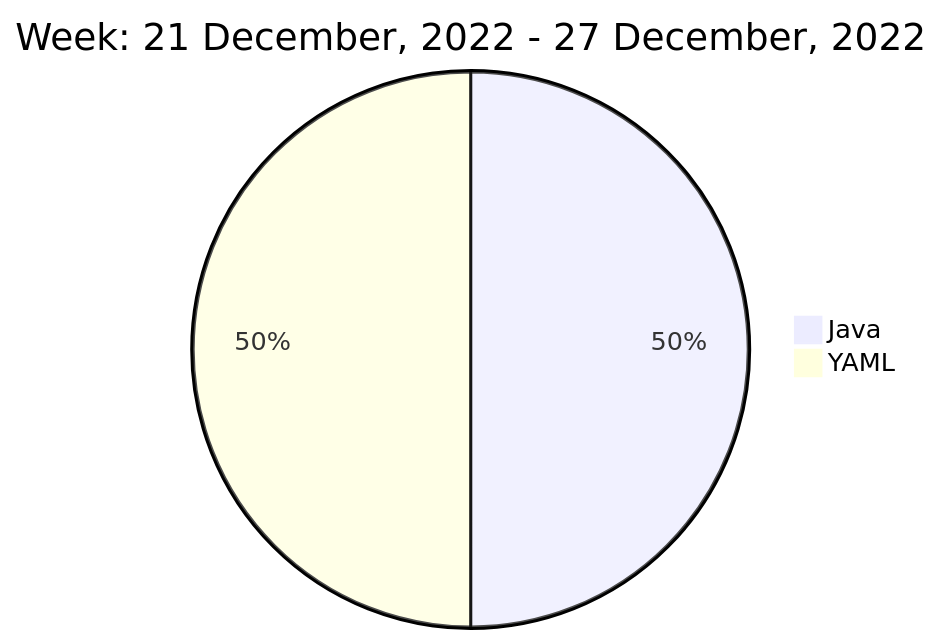
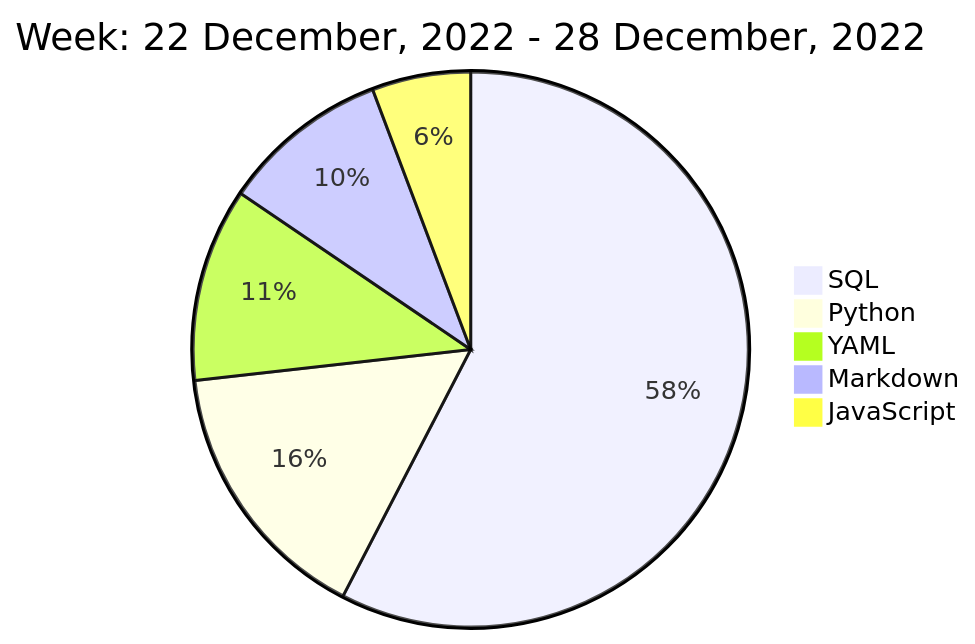
One commit to liubin95/liubin95 changed the diagram in README.md. Above: the diagram before and after it, drawn with Mermaid.

Commit message:
Updated the Graph with new Metrics

````diff
--- a/README.md
+++ b/README.md
@@ -40,6 +40,9 @@
 ```mermaid
  pie
-title Week: 21 December, 2022 - 27 December, 2022
- "Java" : 0.02
- "YAML" : 0.02
+title Week: 22 December, 2022 - 28 December, 2022
+ "SQL" : 5.72
+ "Python" : 1.55
+ "YAML" : 1.12
+ "Markdown" : 0.97
+ "JavaScript" : 0.57
 ```
````
